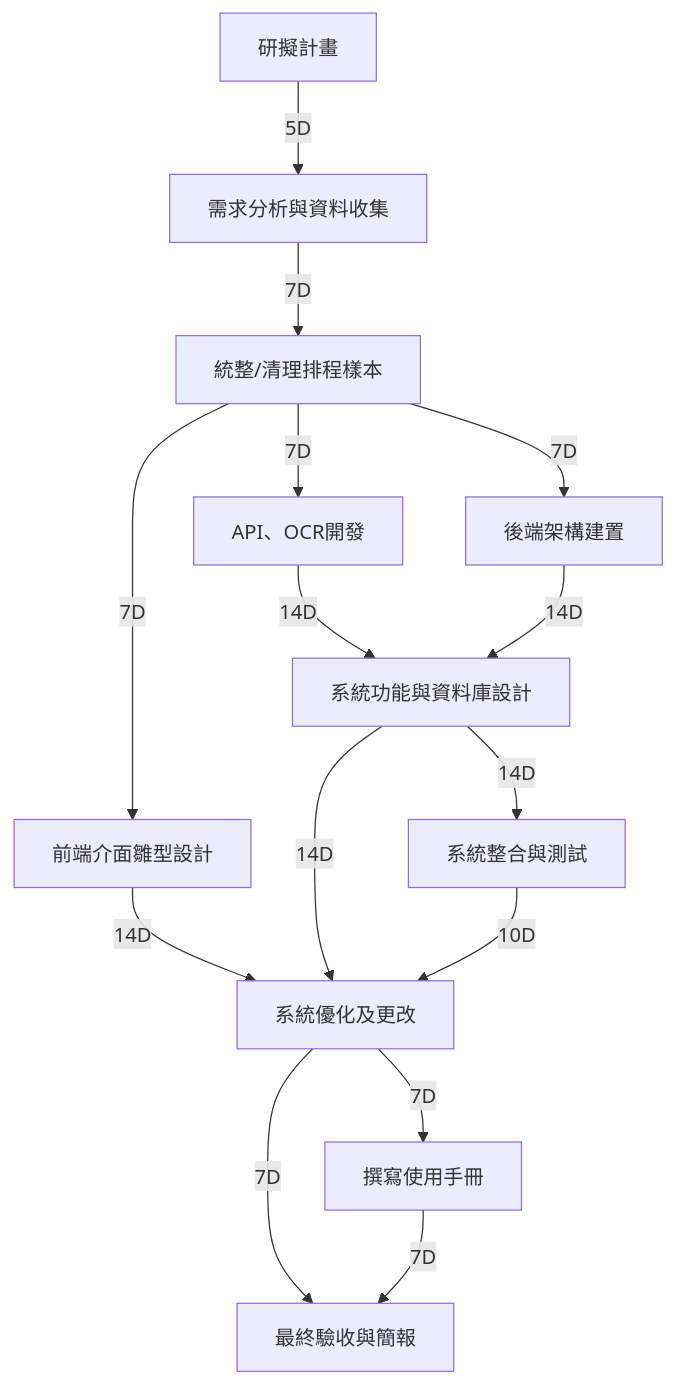
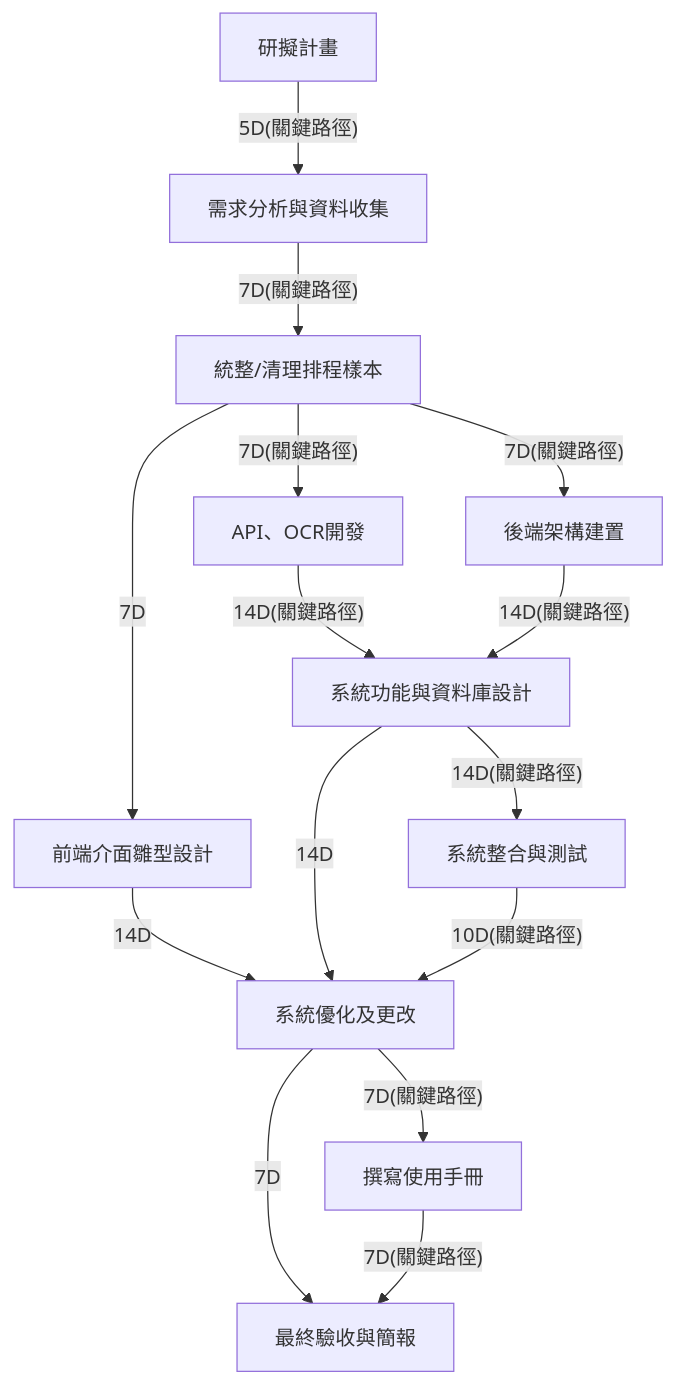
One commit to renhao1203/project changed the first of 2 diagrams in mission.md. Above: the diagram before and after it, drawn with Mermaid. The commit also changed other lines of this file, not shown here.

````diff
--- a/mission.md
+++ b/mission.md
@@ -35,18 +35,18 @@
 ```mermaid
 graph TD
-    1[研擬計畫] --5D--> 2[需求分析與資料收集]
-    2 --7D--> 3[統整/清理排程樣本]
-    3 --7D--> 4[API、OCR開發]
-    3 --7D--> 5[後端架構建置]
+    1[研擬計畫] --5D(關鍵路徑)--> 2[需求分析與資料收集]
+    2 --7D(關鍵路徑)--> 3[統整/清理排程樣本]
+    3 --7D(關鍵路徑)--> 4[API、OCR開發]
+    3 --7D(關鍵路徑)--> 5[後端架構建置]
     3 --7D--> 6[前端介面雛型設計]
-    4 --14D--> 7[系統功能與資料庫設計]
-    5 --14D--> 7[系統功能與資料庫設計]
-    7 --14D--> 8[系統整合與測試]
+    4 --14D(關鍵路徑)--> 7[系統功能與資料庫設計]
+    5 --14D(關鍵路徑)--> 7[系統功能與資料庫設計]
+    7 --14D(關鍵路徑)--> 8[系統整合與測試]
     6 --14D--> 9[系統優化及更改]
     7 --14D--> 9[系統優化及更改]
-    8 --10D--> 9[系統優化及更改]
-    9 --7D--> 10[撰寫使用手冊]
+    8 --10D(關鍵路徑)--> 9[系統優化及更改]
+    9 --7D(關鍵路徑)--> 10[撰寫使用手冊]
     9 --7D--> 11[最終驗收與簡報]
-    10 --7D--> 11[最終驗收與簡報]
+    10 --7D(關鍵路徑)--> 11[最終驗收與簡報]
   
 ```
````
